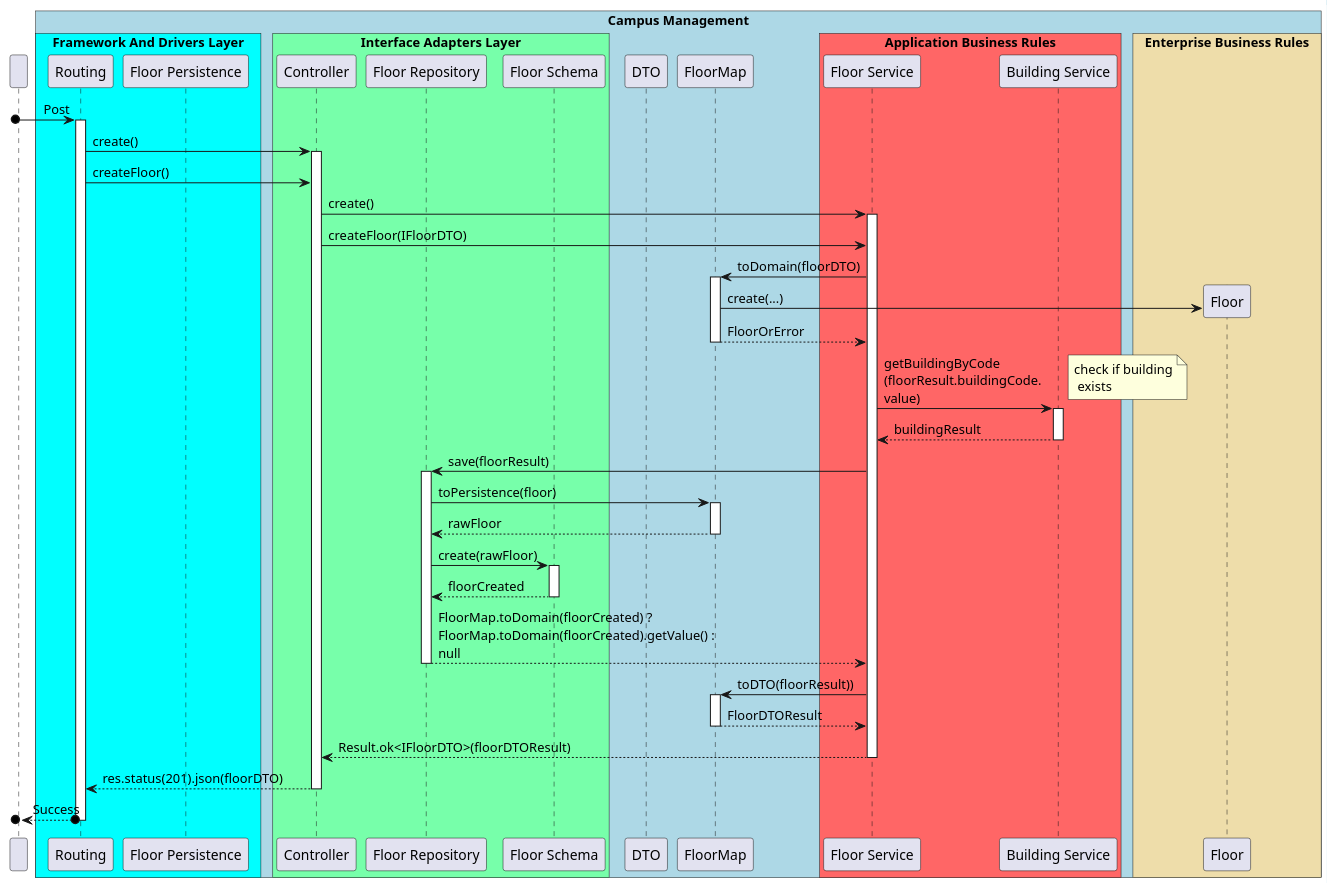
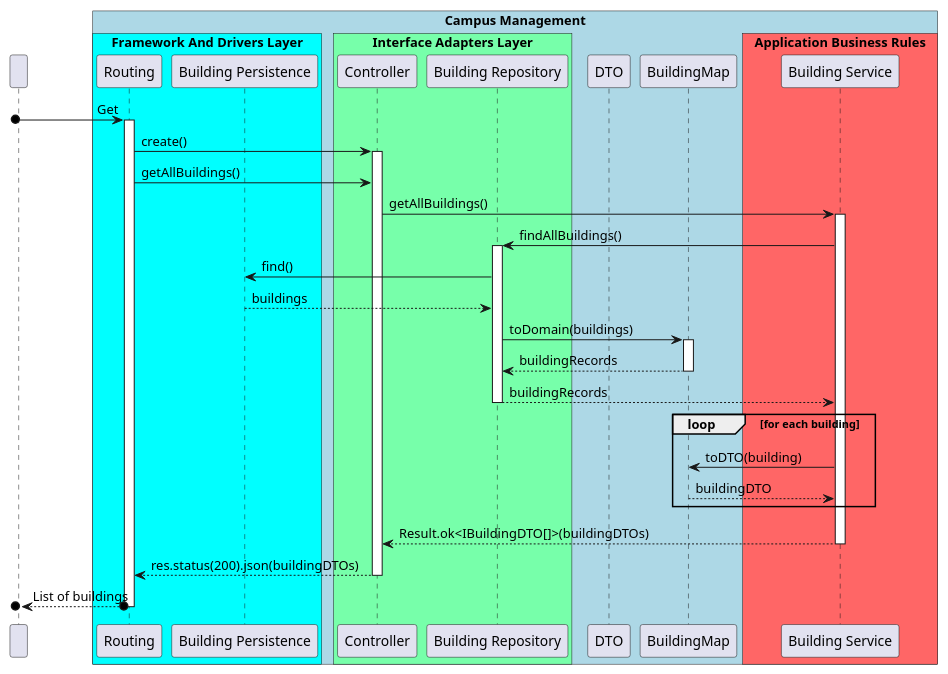
One commit to winqus/RobDroneGo changed the diagram in docs/US/ID-170/SD lv3.puml. Above: the diagram before and after it, drawn with PlantUML. The commit also changed 3 other files, not shown here.

Commit message:
US170 readme and diagrams

```diff
--- a/docs/US/ID-170/SD lv3.puml
+++ b/docs/US/ID-170/SD lv3.puml
@@ -1,85 +1,61 @@
 @startuml SD Lv3
 
 !pragma teoz true
 
 participant " "
 box "Campus Management" #LightBlue
 
     box "Framework And Drivers Layer" #00ffff
         participant Routing
-        participant "Floor Persistence" as Persistence
+        participant "Building Persistence" as Schema
     end box
 
     box "Interface Adapters Layer" #77ffaa
         participant Controller
-        participant "Floor Repository" as Repository
-        participant "Floor Schema" as Schema
+        participant "Building Repository" as Repository
     end box
 
     participant DTO
-    participant FloorMap as Map
+    participant BuildingMap as Map
     box "Application Business Rules" #ff6666
-        participant "Floor Service" as FloorS
-        participant "Building Service" as BuildingS
+        participant "Building Service" as Service
     end box
 
-    box "Enterprise Business Rules" #eeddaa
-        participant Floor
-    end box
 end box
 
 
-[o-> Routing : Post
+[o-> Routing : Get
 activate Routing
 
     Routing -> Controller : create()
     activate Controller
-    Routing -> Controller : createFloor()
-        Controller -> FloorS : create()
-        activate FloorS
-            Controller -> FloorS : createFloor(IFloorDTO)
-            FloorS -> Map : toDomain(floorDTO)
+    Routing -> Controller : getAllBuildings()
 
-            activate Map
-                Map -> Floor ** : create(...)
-                Map --> FloorS : FloorOrError
-            deactivate Map
-            FloorS -> BuildingS : getBuildingByCode\n(floorResult.buildingCode.\nvalue)
-            note right: check if building\n exists
+        Controller -> Service : getAllBuildings()
+        activate Service
+            Service -> Repository : findAllBuildings()
+            activate Repository
+                Repository -> Schema : find()
+                Schema --> Repository : buildings
 
-            activate BuildingS
-                BuildingS --> FloorS : buildingResult
-            deactivate BuildingS
+                    Repository -> Map : toDomain(buildings)
+                    activate Map
+                        Map --> Repository : buildingRecords
+                    deactivate Map
+                Repository --> Service : buildingRecords
+            deactivate Repository
+            loop for each building
+                Service -> Map : toDTO(building)
+                Map --> Service : buildingDTO
+            end
+            Service --> Controller :  Result.ok<IBuildingDTO[]>(buildingDTOs)
+        deactivate Service
 
-            FloorS -> Repository : save(floorResult)
-            activate Repository
-
-                Repository -> Map : toPersistence(floor)
-                activate Map
-                    Map --> Repository : rawFloor
-                deactivate Map
-
-                Repository -> Schema : create(rawFloor)
-                activate Schema
-                    Schema --> Repository : floorCreated
-                deactivate Schema
-
-                Repository --> FloorS : FloorMap.toDomain(floorCreated) ? \nFloorMap.toDomain(floorCreated).getValue() : \nnull
-
-            deactivate Repository
-
-            FloorS -> Map : toDTO(floorResult))
-            activate Map
-                Map --> FloorS : FloorDTOResult
-            deactivate Map
-            FloorS --> Controller : Result.ok<IFloorDTO>(floorDTOResult)
-        deactivate FloorS
-
-    Controller --> Routing : res.status(201).json(floorDTO)
+    Controller --> Routing : res.status(200).json(buildingDTOs)
     deactivate Controller
 
-[o<--o Routing : Success
+[o<--o Routing : List of buildings
 deactivate Routing
 
 
 @enduml
```
